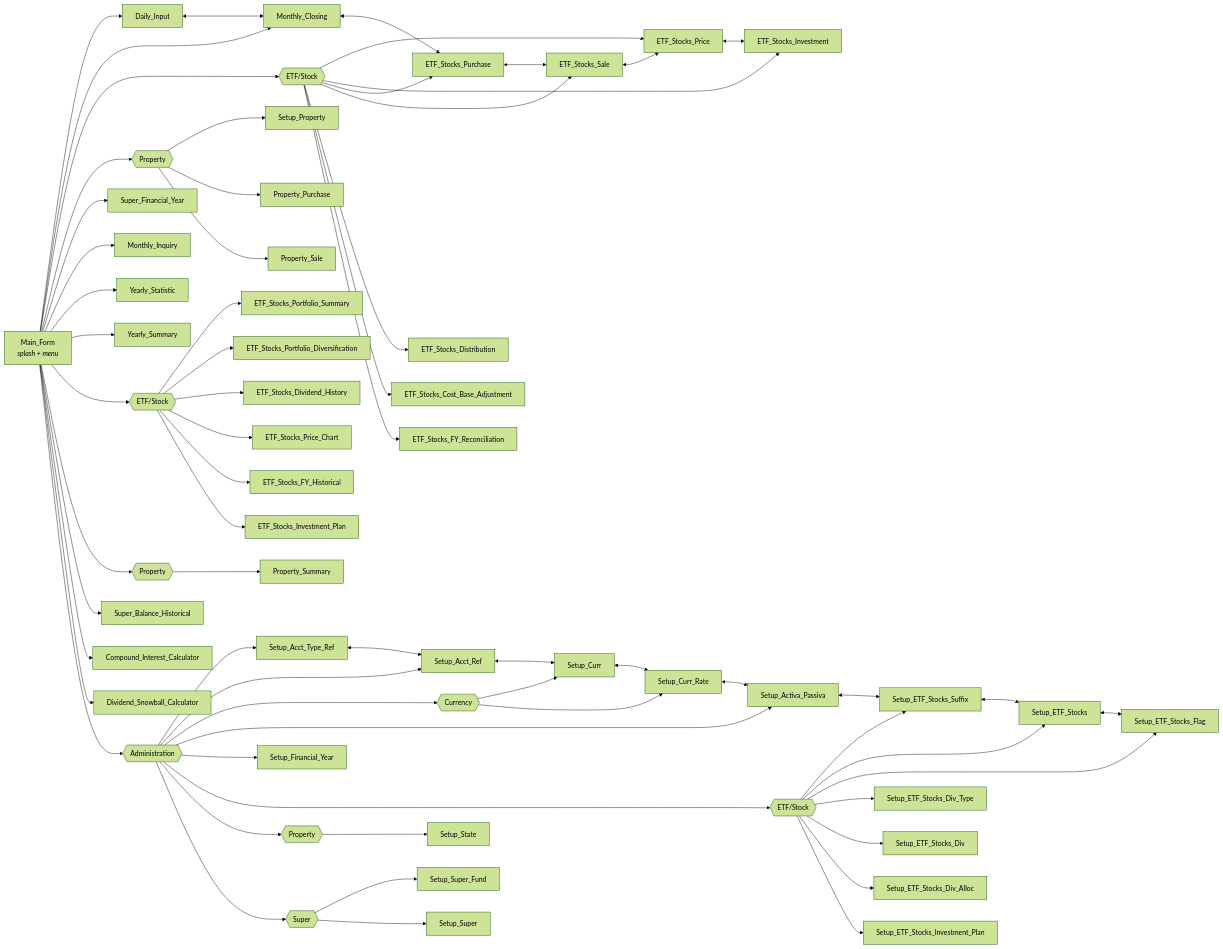
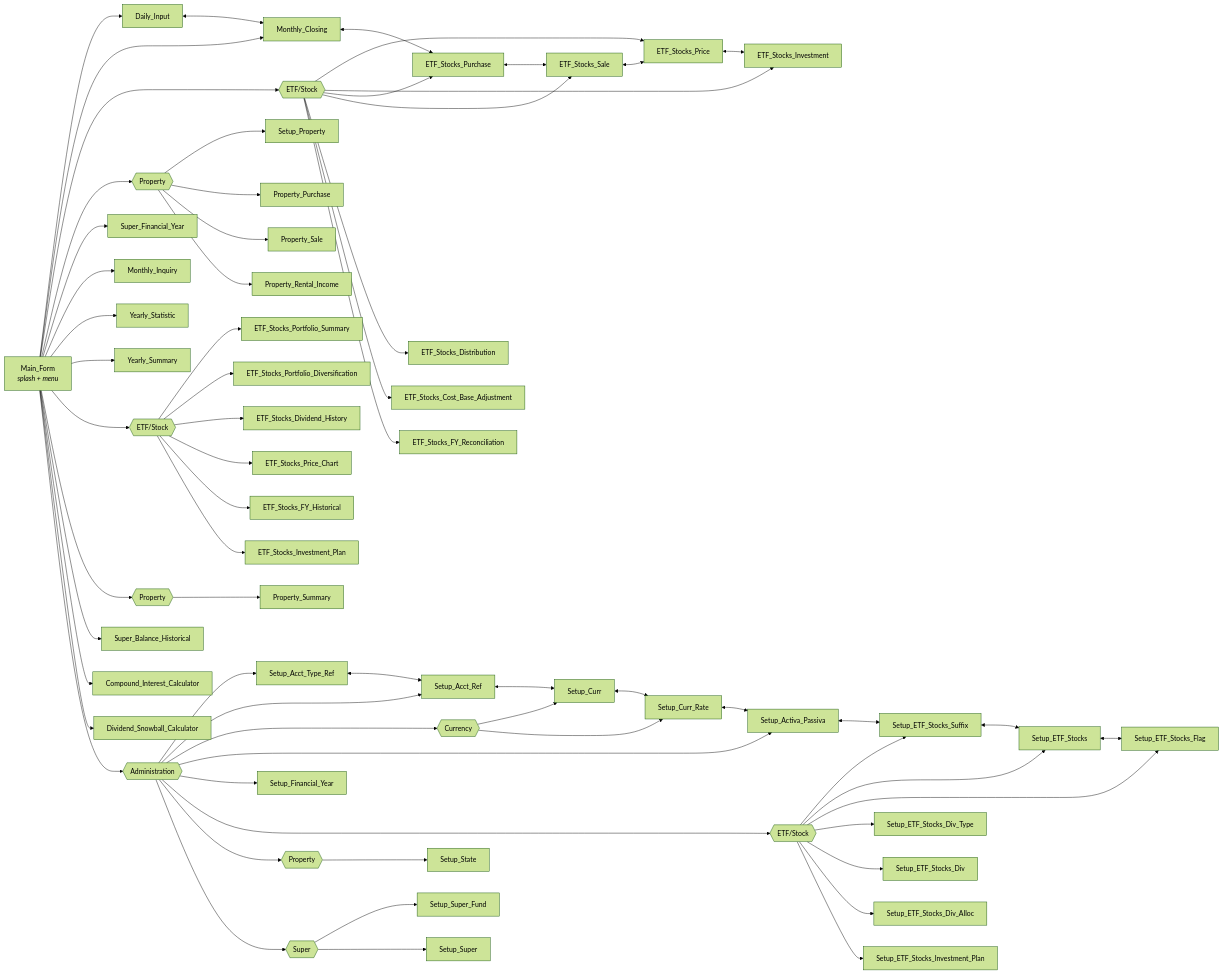
Before and after one commit to oscar-rijadi/FinancialBalance: the second of 3 diagrams in README.md, drawn with Mermaid (forest theme). The commit also changed other lines of this file and 61 other files, not shown here.

Commit message:
Implement Property Rental Income

````diff
--- a/README.md
+++ b/README.md
@@ -110,71 +110,72 @@
 ```mermaid
 flowchart LR
     MAIN["Main_Form<br/><i>splash + menu</i>"]
 
     MAIN --> DI["Daily_Input"]
     MAIN --> MC["Monthly_Closing"]
     MAIN --> PETFG{{"ETF/Stock"}}
     PETFG --> ETP["ETF_Stocks_Price"]
     PETFG --> ETI["ETF_Stocks_Investment"]
     PETFG --> ETB["ETF_Stocks_Purchase"]
     PETFG --> ETS["ETF_Stocks_Sale"]
     PETFG --> ETD["ETF_Stocks_Distribution"]
     PETFG --> ECB["ETF_Stocks_Cost_Base_Adjustment"]
     PETFG --> ETR["ETF_Stocks_FY_Reconciliation"]
     MAIN --> PPROPG{{"Property"}}
     PPROPG --> SPROP["Setup_Property"]
     PPROPG --> PPUR["Property_Purchase"]
     PPROPG --> PSAL["Property_Sale"]
+    PPROPG --> PRI["Property_Rental_Income"]
     MAIN --> SFYP["Super_Financial_Year"]
     MAIN --> MI["Monthly_Inquiry"]
     MAIN --> YT["Yearly_Statistic"]
     MAIN --> YS["Yearly_Summary"]
     MAIN --> PORTG{{"ETF/Stock"}}
     PORTG --> PSUM["ETF_Stocks_Portfolio_Summary"]
     PORTG --> PDIV["ETF_Stocks_Portfolio_Diversification"]
     PORTG --> PDVH["ETF_Stocks_Dividend_History"]
     PORTG --> PPCH["ETF_Stocks_Price_Chart"]
     PORTG --> PFYH["ETF_Stocks_FY_Historical"]
     PORTG --> PIVP["ETF_Stocks_Investment_Plan"]
     MAIN --> IPROPG{{"Property"}}
     IPROPG --> PSMY["Property_Summary"]
     MAIN --> SBH["Super_Balance_Historical"]
     MAIN --> CIC["Compound_Interest_Calculator"]
     MAIN --> DSC["Dividend_Snowball_Calculator"]
 
     MAIN --> ADMIN{{"Administration"}}
     ADMIN --> SATR["Setup_Acct_Type_Ref"]
     ADMIN --> SAR["Setup_Acct_Ref"]
     ADMIN --> CURG{{"Currency"}}
     CURG --> SC["Setup_Curr"]
     CURG --> SCR["Setup_Curr_Rate"]
     ADMIN --> SAP["Setup_Activa_Passiva"]
     ADMIN --> SFY["Setup_Financial_Year"]
     ADMIN --> ETFG{{"ETF/Stock"}}
     ETFG --> SES["Setup_ETF_Stocks_Suffix"]
     ETFG --> SET["Setup_ETF_Stocks"]
     ETFG --> SEF["Setup_ETF_Stocks_Flag"]
     ETFG --> SDT["Setup_ETF_Stocks_Div_Type"]
     ETFG --> SDV["Setup_ETF_Stocks_Div"]
     ETFG --> SDA["Setup_ETF_Stocks_Div_Alloc"]
     ETFG --> SIP["Setup_ETF_Stocks_Investment_Plan"]
     ADMIN --> PROPG{{"Property"}}
     PROPG --> SST["Setup_State"]
     ADMIN --> SUPG{{"Super"}}
     SUPG --> SSF["Setup_Super_Fund"]
     SUPG --> SSU["Setup_Super"]
 
     DI <--> MC
     MC <--> ETB
     ETB <--> ETS
     ETS <--> ETP
     ETP <--> ETI
 
     SATR <--> SAR
     SAR <--> SC
     SC <--> SCR
     SCR <--> SAP
     SAP <--> SES
     SES <--> SET
     SET <--> SEF
 ```
````
